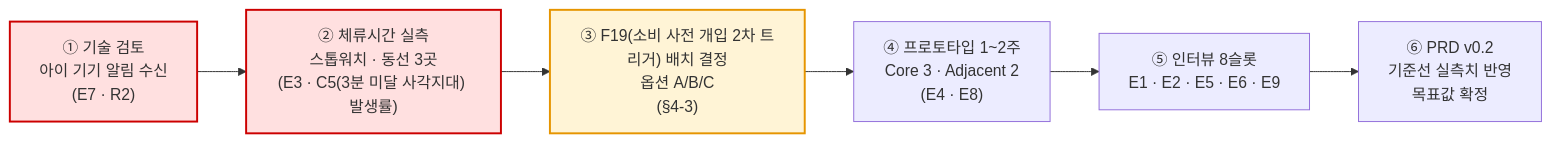
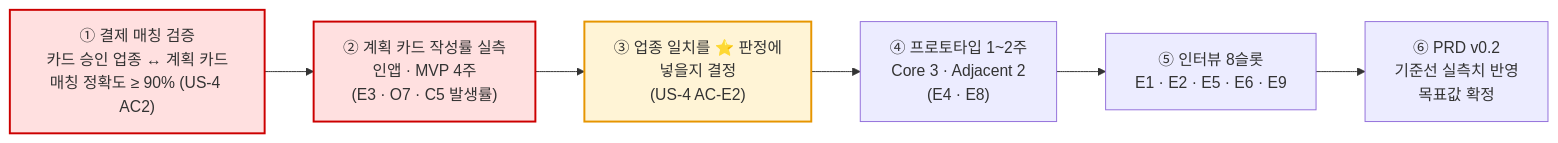
One commit to scene-one/team1_fin-friends changed the first of 5 diagrams in 공용공간/9. PRD/PRD_핀프렌즈_v0_2.md. Above: the diagram before and after it, drawn with Mermaid. The commit also changed other lines of this file and 13 other files, not shown here.

````diff
--- a/공용공간/9. PRD/PRD_핀프렌즈_v0_2.md
+++ b/공용공간/9. PRD/PRD_핀프렌즈_v0_2.md
@@ -743,12 +756,12 @@
 ```mermaid
 flowchart LR
-    A["① 기술 검토<br/>아이 기기 알림 수신<br/>(E7 · R2)"] --> B["② 체류시간 실측<br/>스톱워치 · 동선 3곳<br/>(E3 · C5(3분 미달 사각지대) 발생률)"]
-    B --> C["③ F19(소비 사전 개입 2차 트리거) 배치 결정<br/>옵션 A/B/C<br/>(§4-3)"]
+    A["① 결제 매칭 검증<br/>카드 승인 업종 ↔ 계획 카드<br/>매칭 정확도 ≥ 90% (US-4 AC2)"] --> B["② 계획 카드 작성률 실측<br/>인앱 · MVP 4주<br/>(E3 · O7 · C5 발생률)"]
+    B --> C["③ 업종 일치를 ⭐ 판정에<br/>넣을지 결정<br/>(US-4 AC-E2)"]
     C --> D["④ 프로토타입 1~2주<br/>Core 3 · Adjacent 2<br/>(E4 · E8)"]
     D --> E["⑤ 인터뷰 8슬롯<br/>E1 · E2 · E5 · E6 · E9"]
     E --> F["⑥ PRD v0.2<br/>기준선 실측치 반영<br/>목표값 확정"]
 
     style A fill:#ffe0e0,stroke:#c00,stroke-width:2px
     style B fill:#ffe0e0,stroke:#c00,stroke-width:2px
     style C fill:#fff4d6,stroke:#e69500,stroke-width:2px
 ```
````
